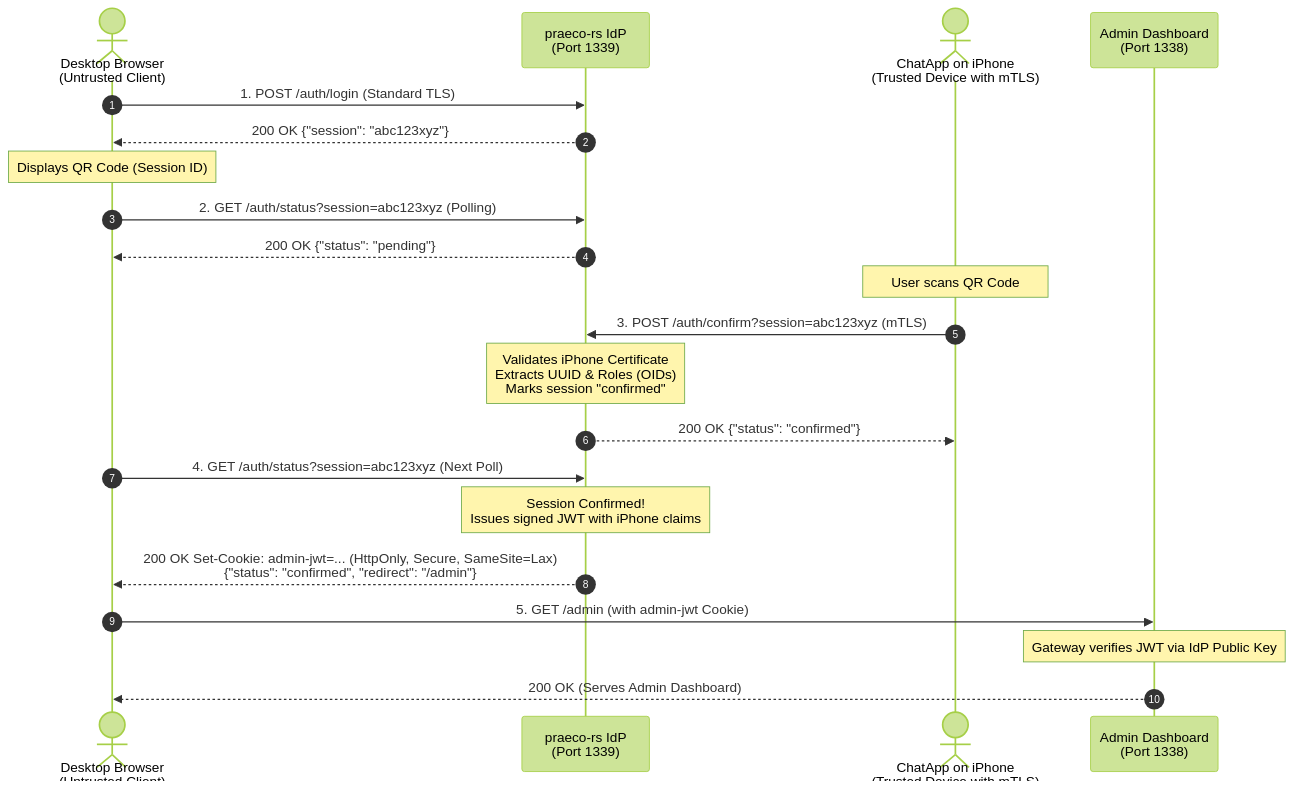
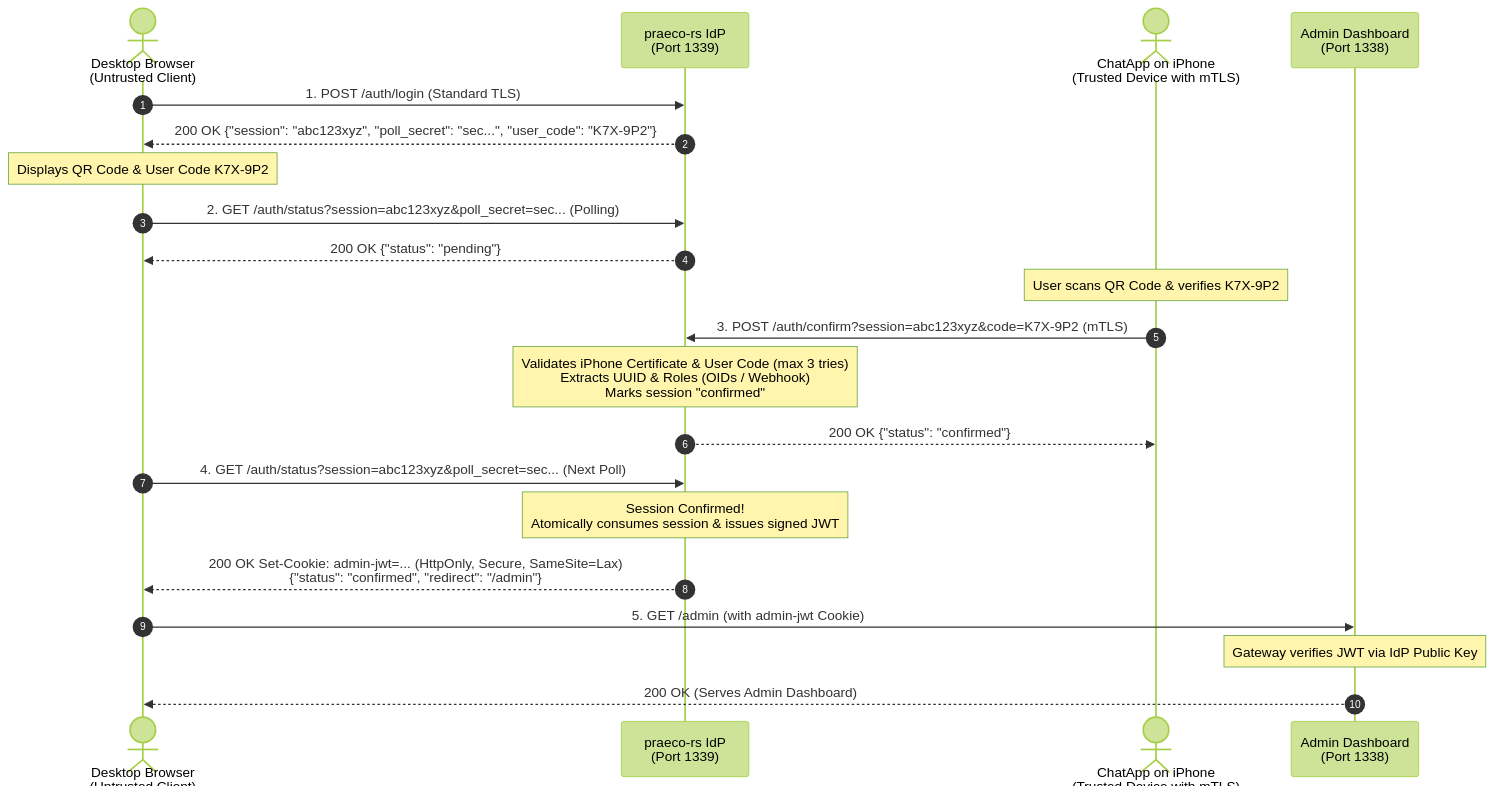
The second of 2 diagrams in idp_article.md (AlfredWeirich/praeco-rs), drawn with Mermaid (forest theme) before and after one commit. The commit also changed other lines of this file and 27 other files, not shown here.

````diff
--- a/idp_article.md
+++ b/idp_article.md
@@ -118,33 +118,33 @@
 ```mermaid
 sequenceDiagram
     autonumber
     actor Browser as Desktop Browser<br/>(Untrusted Client)
     participant IdP as praeco-rs IdP<br/>(Port 1339)
     actor Mobile as ChatApp on iPhone<br/>(Trusted Device with mTLS)
     participant Admin as Admin Dashboard<br/>(Port 1338)
 
     %% 1. Session Init
     Browser->>IdP: 1. POST /auth/login (Standard TLS)
-    IdP-->>Browser: 200 OK {"session": "abc123xyz"}
-    Note over Browser: Displays QR Code (Session ID)
+    IdP-->>Browser: 200 OK {"session": "abc123xyz", "poll_secret": "sec...", "user_code": "K7X-9P2"}
+    Note over Browser: Displays QR Code & User Code K7X-9P2
 
     %% 2. Polling
-    Browser->>IdP: 2. GET /auth/status?session=abc123xyz (Polling)
+    Browser->>IdP: 2. GET /auth/status?session=abc123xyz&poll_secret=sec... (Polling)
     IdP-->>Browser: 200 OK {"status": "pending"}
 
     %% 3. Mobile Scan & Confirmation
-    Note over Mobile: User scans QR Code
-    Mobile->>IdP: 3. POST /auth/confirm?session=abc123xyz (mTLS)
-    Note over IdP: Validates iPhone Certificate<br/>Extracts UUID & Roles (OIDs)<br/>Marks session "confirmed"
+    Note over Mobile: User scans QR Code & verifies K7X-9P2
+    Mobile->>IdP: 3. POST /auth/confirm?session=abc123xyz&code=K7X-9P2 (mTLS)
+    Note over IdP: Validates iPhone Certificate & User Code (max 3 tries)<br/>Extracts UUID & Roles (OIDs / Webhook)<br/>Marks session "confirmed"
     IdP-->>Mobile: 200 OK {"status": "confirmed"}
 
     %% 4. Issuance
-    Browser->>IdP: 4. GET /auth/status?session=abc123xyz (Next Poll)
-    Note over IdP: Session Confirmed!<br/>Issues signed JWT with iPhone claims
+    Browser->>IdP: 4. GET /auth/status?session=abc123xyz&poll_secret=sec... (Next Poll)
+    Note over IdP: Session Confirmed!<br/>Atomically consumes session & issues signed JWT
     IdP-->>Browser: 200 OK Set-Cookie: admin-jwt=... (HttpOnly, Secure, SameSite=Lax)<br/>{"status": "confirmed", "redirect": "/admin"}
 
     %% 5. Access
     Browser->>Admin: 5. GET /admin (with admin-jwt Cookie)
     Note over Admin: Gateway verifies JWT via IdP Public Key
     Admin-->>Browser: 200 OK (Serves Admin Dashboard)
 ```
````
